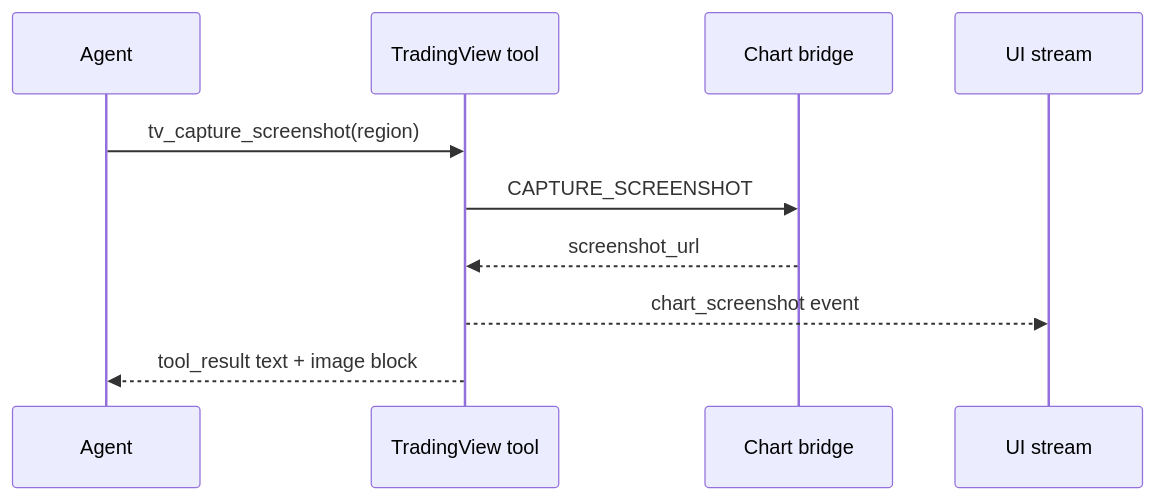
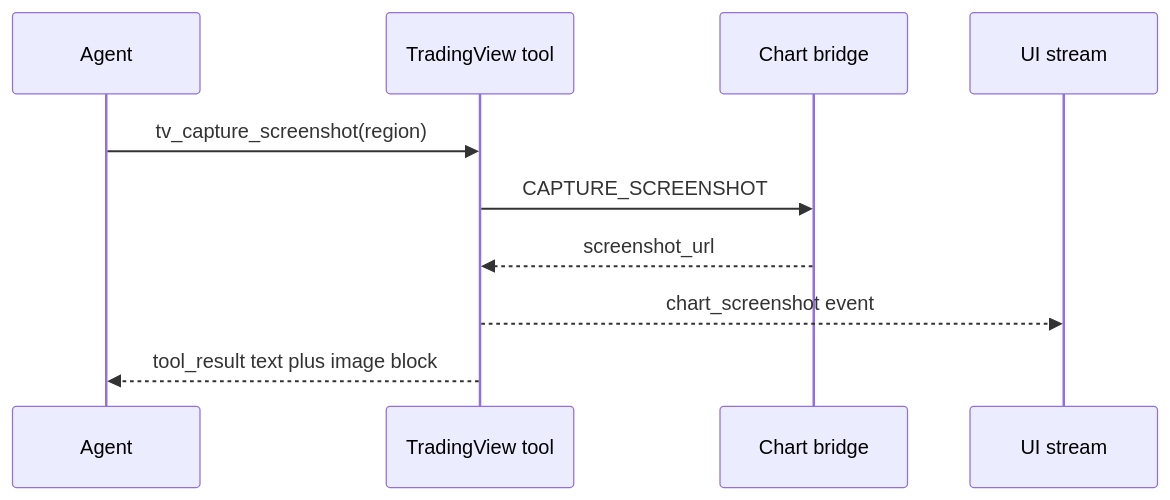
The second of 2 diagrams in tools/tradingview/index.mdx (FajarArrizki/docs), drawn with Mermaid before and after one commit. The commit also changed other lines of this file and 20 other files, not shown here.

````diff
--- a/tools/tradingview/index.mdx
+++ b/tools/tradingview/index.mdx
@@ -129,13 +109,13 @@
 ```mermaid
 sequenceDiagram
     participant A as Agent
     participant T as TradingView tool
     participant B as Chart bridge
     participant U as UI stream
 
     A->>T: tv_capture_screenshot(region)
     T->>B: CAPTURE_SCREENSHOT
     B-->>T: screenshot_url
     T-->>U: chart_screenshot event
-    T-->>A: tool_result text + image block
+    T-->>A: tool_result text plus image block
 ```
````
